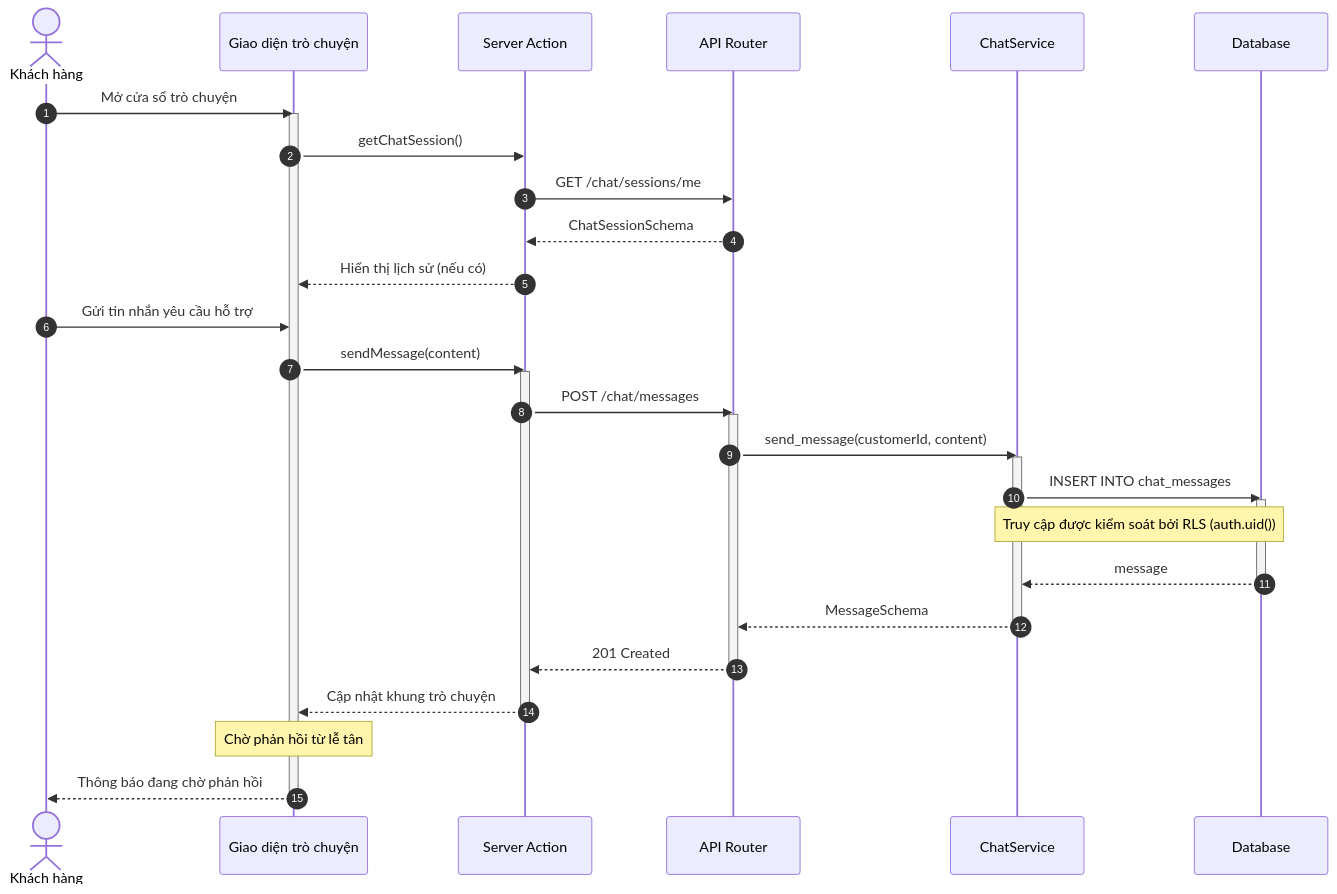
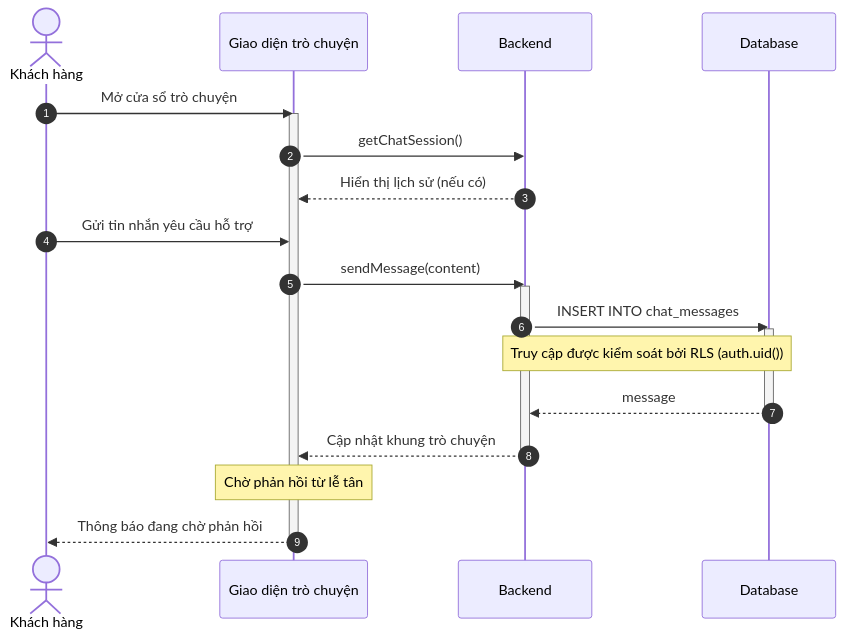
The sixth of 10 diagrams in docs/design/sequences/customer_flows.md (ngoctinn/Synapse), drawn with Mermaid before and after one commit. The commit also changed other lines of this file and 7 other files, not shown here.

Commit message:
docs: Add initial design documentation for authentication, user flows, and algorithm specification.

````diff
--- a/docs/design/sequences/customer_flows.md
+++ b/docs/design/sequences/customer_flows.md
@@ -260,46 +190,30 @@
 ```mermaid
 sequenceDiagram
     autonumber
     actor KH as Khách hàng
     participant UI as Giao diện trò chuyện
-    participant BFF as Server Action
-    participant API as API Router
-    participant S as ChatService
+    participant BE as Backend
     participant DB as Database
 
     KH->>UI: Mở cửa sổ trò chuyện
     activate UI
-    UI->>BFF: getChatSession()
-    BFF->>API: GET /chat/sessions/me
-    API-->>BFF: ChatSessionSchema
-    BFF-->>UI: Hiển thị lịch sử (nếu có)
+    UI->>BE: getChatSession()
+    BE-->>UI: Hiển thị lịch sử (nếu có)
 
     KH->>UI: Gửi tin nhắn yêu cầu hỗ trợ
-    UI->>BFF: sendMessage(content)
-    activate BFF
+    UI->>BE: sendMessage(content)
+    activate BE
 
-    BFF->>API: POST /chat/messages
-    activate API
-
-    API->>S: send_message(customerId, content)
-    activate S
-
-    S->>DB: INSERT INTO chat_messages
+    BE->>DB: INSERT INTO chat_messages
     activate DB
-    Note over S,DB: Truy cập được kiểm soát bởi RLS (auth.uid())
-    DB-->>S: message
+    Note over BE,DB: Truy cập được kiểm soát bởi RLS (auth.uid())
+    DB-->>BE: message
     deactivate DB
 
-    S-->>API: MessageSchema
-    deactivate S
-
-    API-->>BFF: 201 Created
-    deactivate API
-
-    BFF-->>UI: Cập nhật khung trò chuyện
-    deactivate BFF
+    BE-->>UI: Cập nhật khung trò chuyện
+    deactivate BE
 
     Note over UI: Chờ phản hồi từ lễ tân
     UI-->>KH: Thông báo đang chờ phản hồi
     deactivate UI
 ```
````
